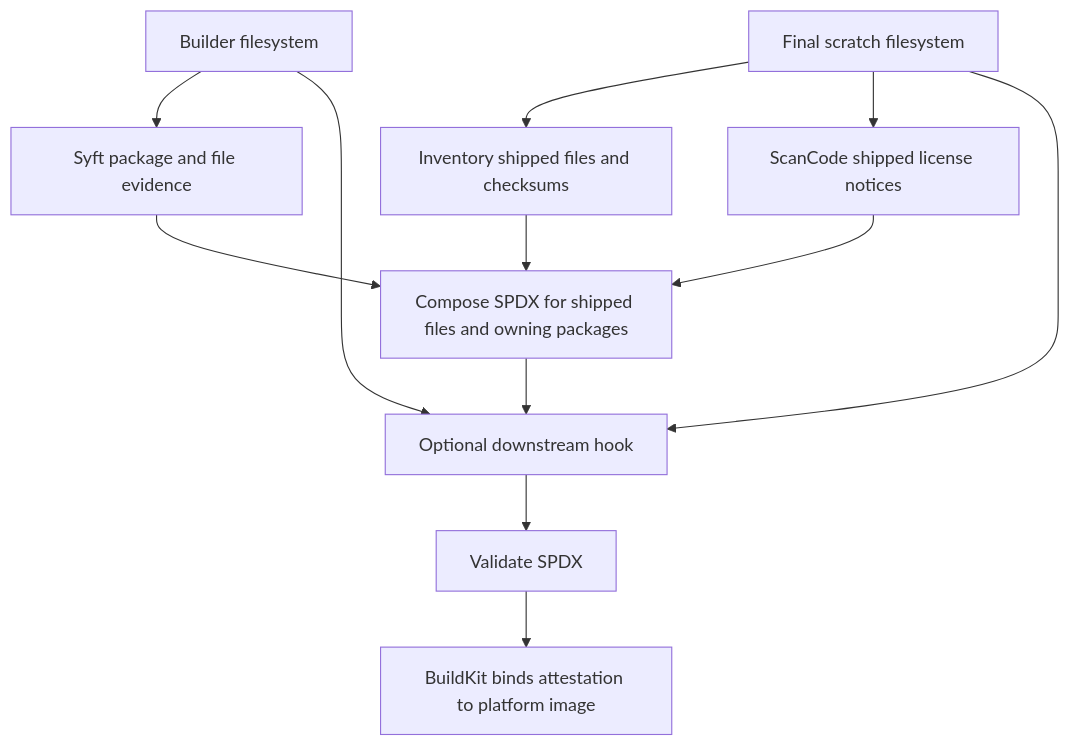
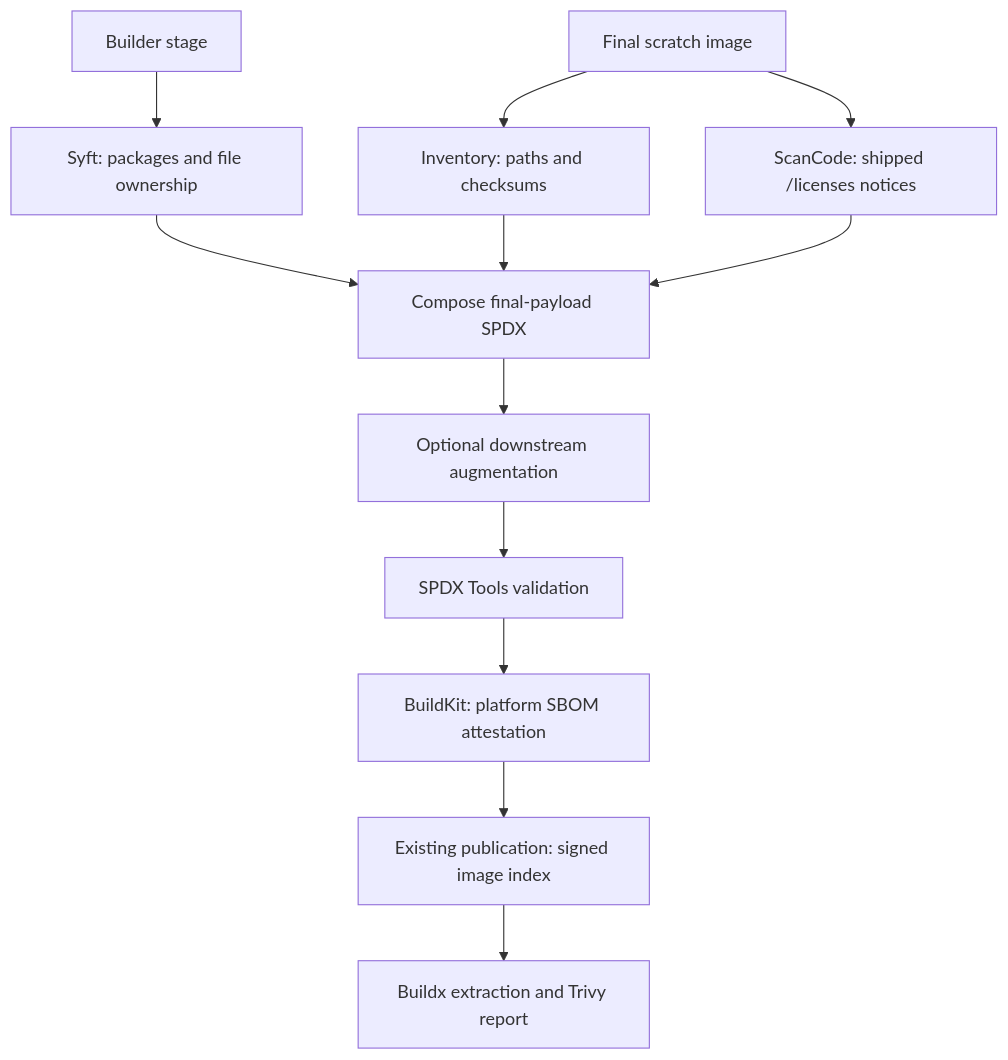
The diagram in sbom-generator/README.md (ardentperf-labs/postgres-extensions-containers), drawn with Mermaid before and after one commit. The commit also changed other lines of this file and 3 other files, not shown here.

````diff
--- a/sbom-generator/README.md
+++ b/sbom-generator/README.md
@@ -9,14 +78,14 @@
 ```mermaid
 flowchart TD
-    B[Builder filesystem] --> S[Syft package and file evidence]
-    F[Final scratch filesystem] --> I[Inventory shipped files and checksums]
-    F --> L[ScanCode shipped license notices]
-    S --> C[Compose SPDX for shipped files and owning packages]
+    B[Builder stage] --> S[Syft: packages and file ownership]
+    F[Final scratch image] --> I[Inventory: paths and checksums]
+    F --> L[ScanCode: shipped /licenses notices]
+    S --> C[Compose final-payload SPDX]
     I --> C
     L --> C
-    C --> H[Optional downstream hook]
-    B --> H
-    F --> H
-    H --> V[Validate SPDX]
-    V --> O[BuildKit binds attestation to platform image]
+    C --> H[Optional downstream augmentation]
+    H --> V[SPDX Tools validation]
+    V --> A[BuildKit: platform SBOM attestation]
+    A --> P[Existing publication: signed image index]
+    P --> U[Buildx extraction and Trivy report]
 ```
````
